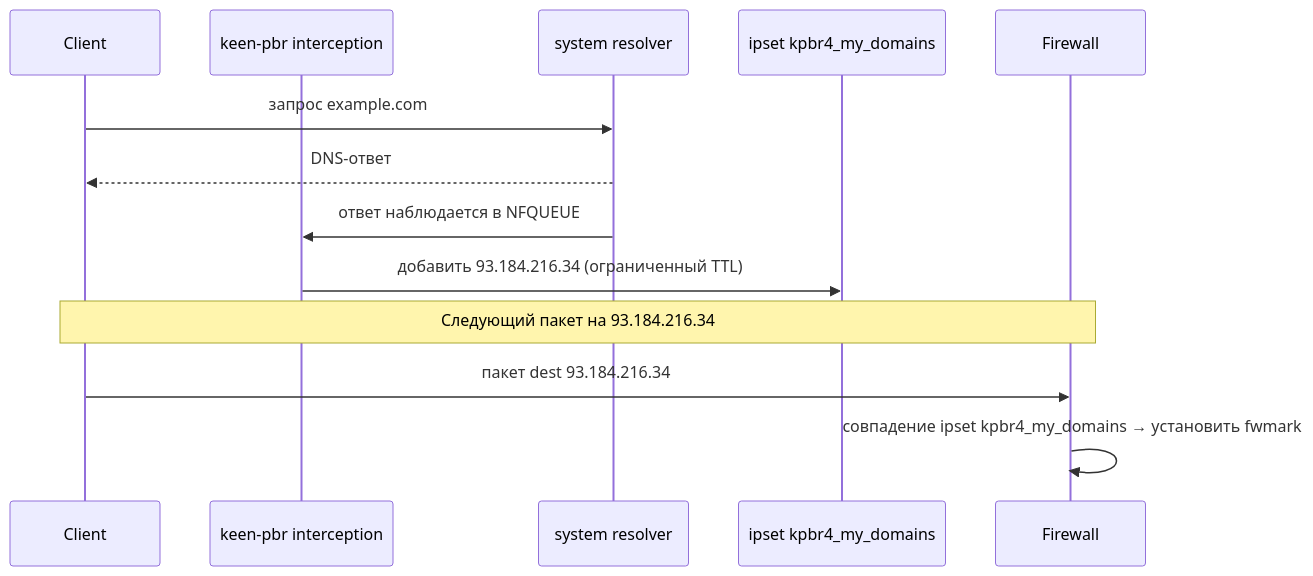
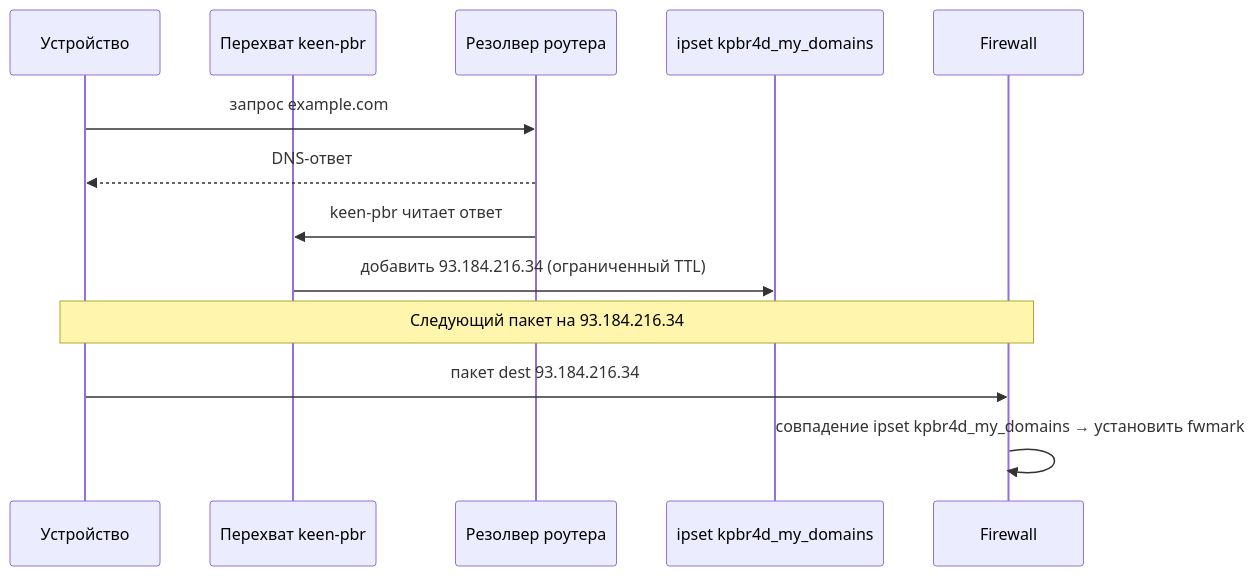
The third of 3 diagrams in docs/content/docs/concepts.ru.md (maksimkurb/keen-pbr), drawn with Mermaid before and after one commit. The commit also changed other lines of this file and 48 other files, not shown here.

````diff
--- a/docs/content/docs/concepts.ru.md
+++ b/docs/content/docs/concepts.ru.md
@@ -151,17 +151,17 @@
 ```mermaid
 sequenceDiagram
-    participant Client
-    participant Interceptor as keen-pbr interception
-    participant Resolver as system resolver
-    participant Ipset as ipset kpbr4_my_domains
+    participant Client as Устройство
+    participant Interceptor as Перехват keen-pbr
+    participant Resolver as Резолвер роутера
+    participant Ipset as ipset kpbr4d_my_domains
     participant Firewall
 
     Client->>Resolver: запрос example.com
     Resolver-->>Client: DNS-ответ
-    Resolver->>Interceptor: ответ наблюдается в NFQUEUE
+    Resolver->>Interceptor: keen-pbr читает ответ
     Interceptor->>Ipset: добавить 93.184.216.34 (ограниченный TTL)
 
     Note over Client,Firewall: Следующий пакет на 93.184.216.34
     Client->>Firewall: пакет dest 93.184.216.34
-    Firewall->>Firewall: совпадение ipset kpbr4_my_domains → установить fwmark
+    Firewall->>Firewall: совпадение ipset kpbr4d_my_domains → установить fwmark
 ```
````
